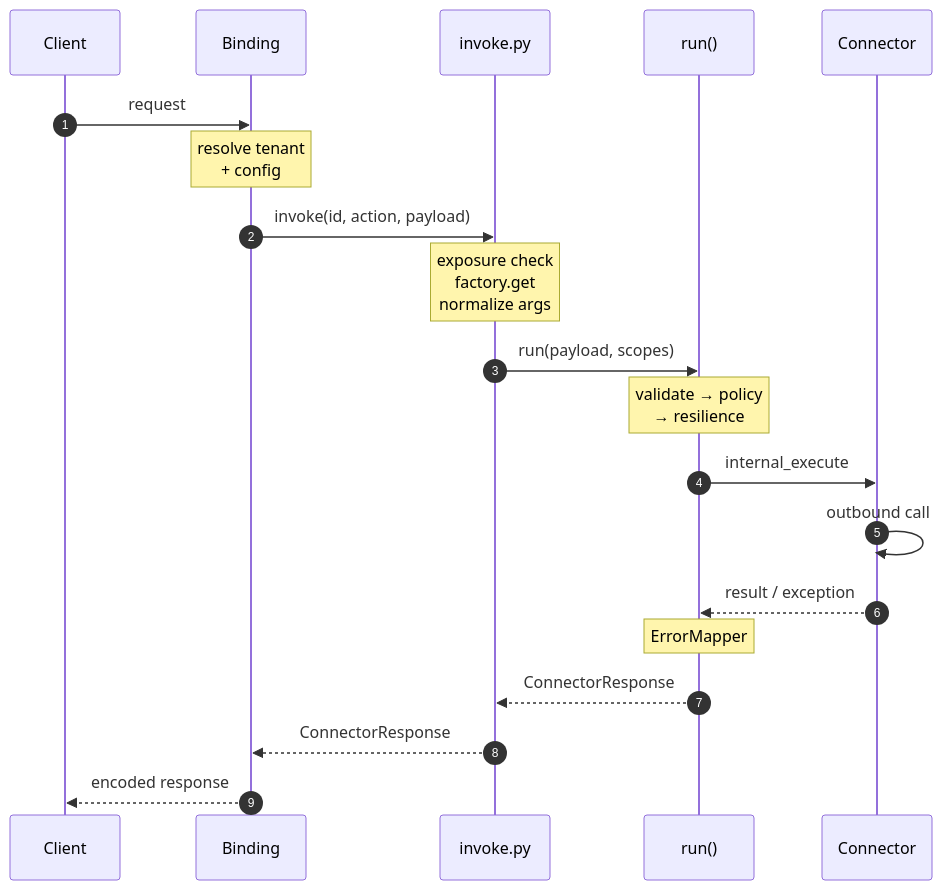
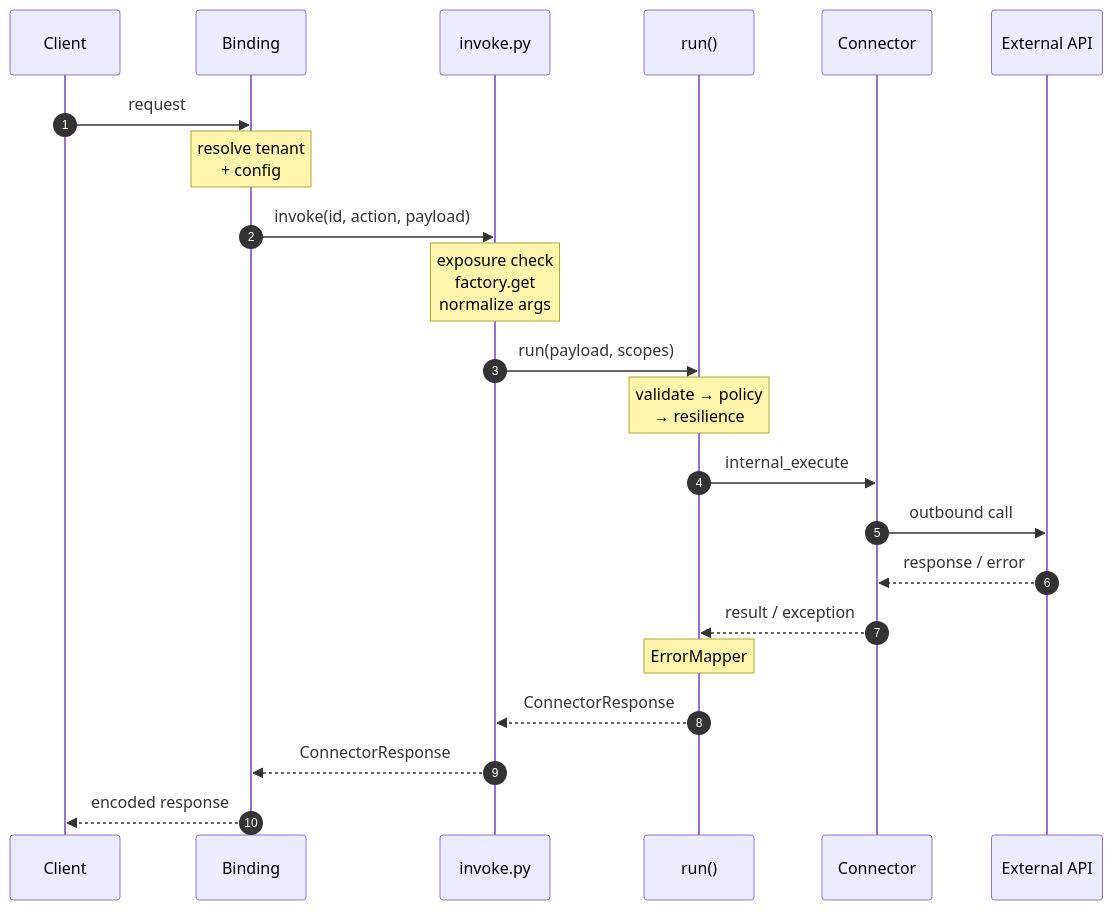
The second of 3 diagrams in docs/architecture.md (AOT-Technologies/node-wire), drawn with Mermaid before and after one commit. The commit also changed other lines of this file and 107 other files, not shown here.

````diff
--- a/docs/architecture.md
+++ b/docs/architecture.md
@@ -91,24 +94,26 @@
 ```mermaid
 %%{init: {"sequence": {"actorMargin": 28, "width": 110, "boxMargin": 6, "noteMargin": 6, "messageMargin": 28}}}%%
 sequenceDiagram
     autonumber
     participant C as Client
     participant B as Binding
     participant I as invoke.py
     participant R as run()
     participant X as Connector
+    participant E as External API
 
     C->>B: request
     Note over B: resolve tenant<br/>+ config
     B->>I: invoke(id, action, payload)
     Note over I: exposure check<br/>factory.get<br/>normalize args
     I->>R: run(payload, scopes)
     Note over R: validate → policy<br/>→ resilience
     R->>X: internal_execute
-    X->>X: outbound call
+    X->>E: outbound call
+    E-->>X: response / error
     X-->>R: result / exception
     Note over R: ErrorMapper
     R-->>I: ConnectorResponse
     I-->>B: ConnectorResponse
     B-->>C: encoded response
 ```
````
